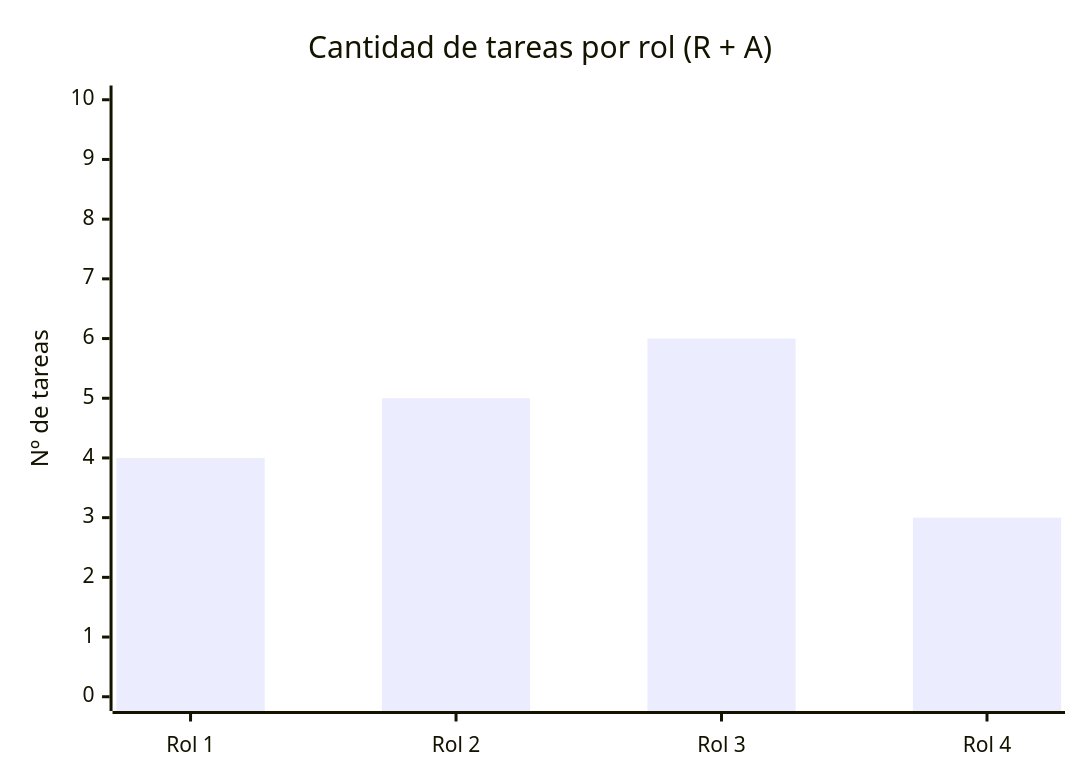
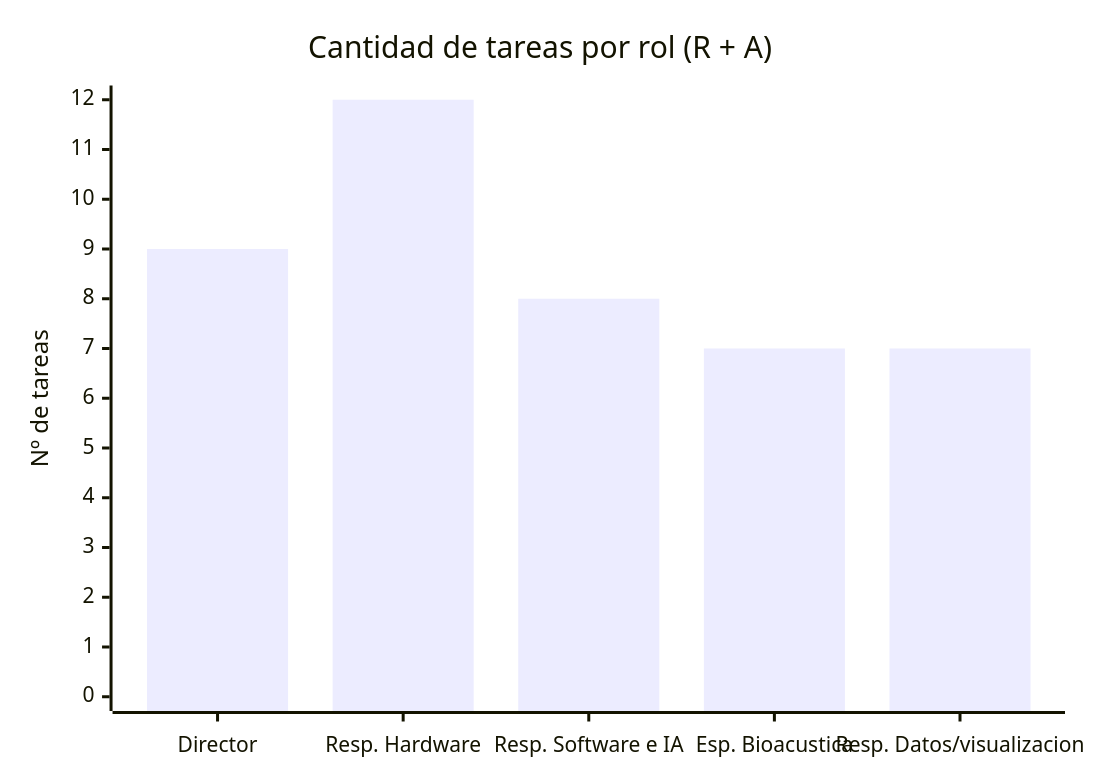
The diagram in matriz-raci.md (fatimalunazzz/GestionProyecto), drawn with Mermaid before and after one commit. The commit also changed other lines of this file, not shown here.

````diff
--- a/matriz-raci.md
+++ b/matriz-raci.md
@@ -37,7 +43,7 @@
 ```mermaid
 xychart-beta
     title "Cantidad de tareas por rol (R + A)"
-    x-axis ["Rol 1", "Rol 2", "Rol 3", "Rol 4"]
-    y-axis "Nº de tareas" 0 --> 10
-    bar [4, 5, 6, 3]
+    x-axis ["Director", "Resp. Hardware", "Resp. Software e IA", "Esp. Bioacustica", "Resp. Datos/visualizacion"]
+    y-axis "Nº de tareas" 0 --> 12
+    bar [9, 12, 8, 7, 7]
 ```
````
